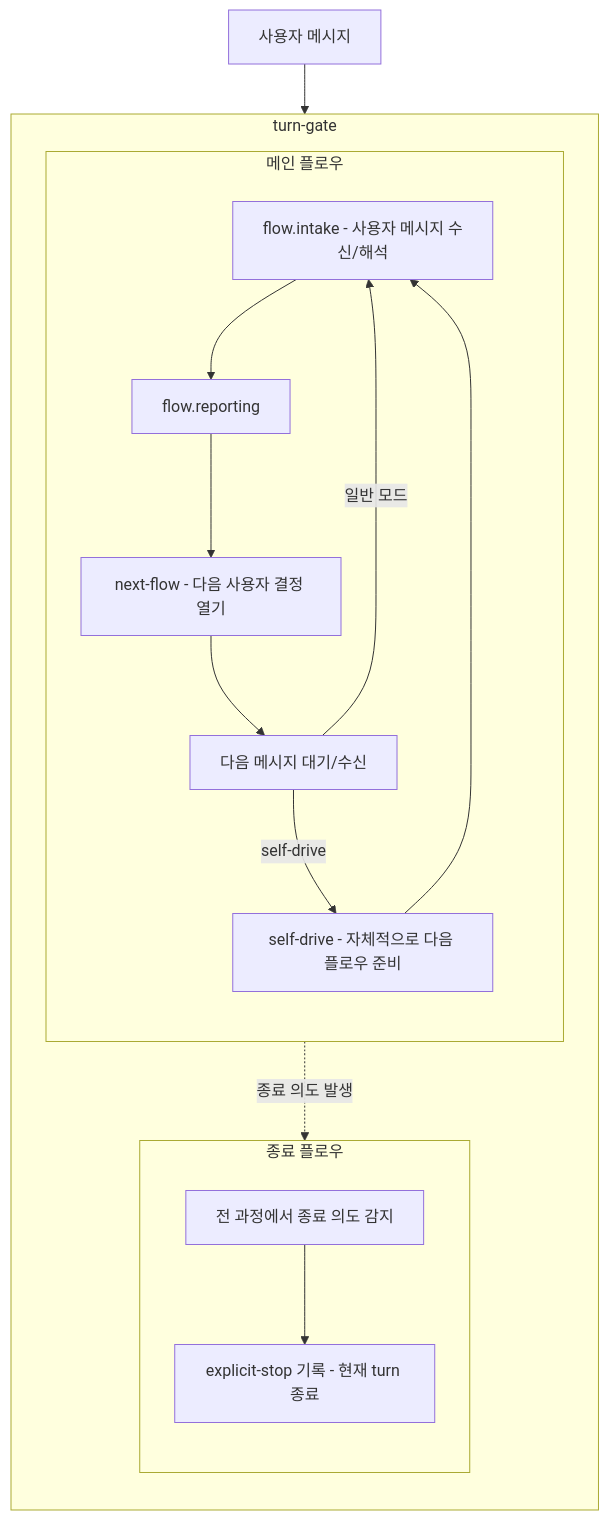
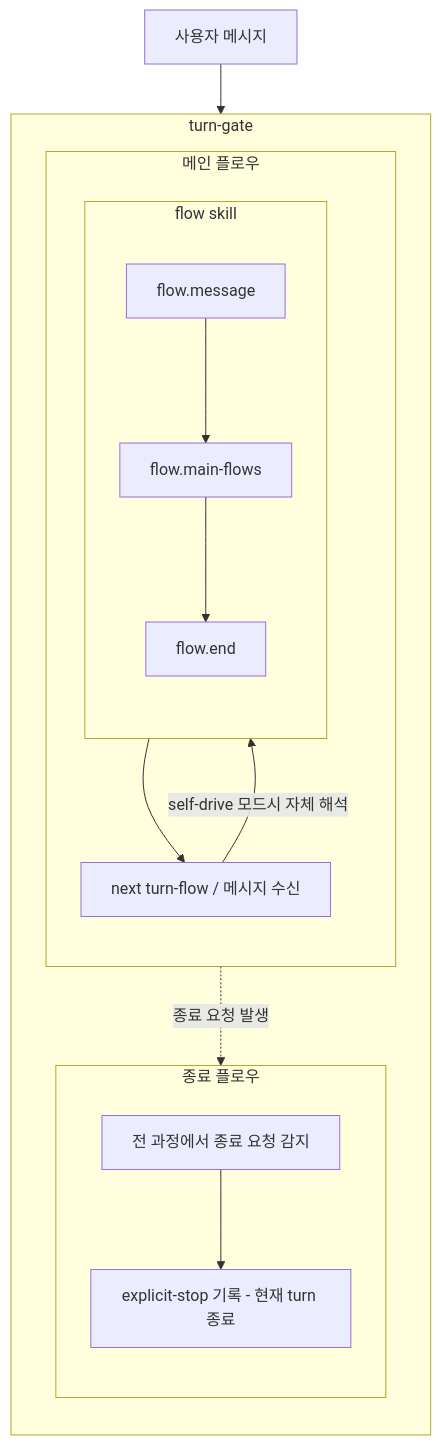
The diagram in src/loop-kit-dev/specs/skills/turn-gate/intent.md (opnay/agent-plugins), drawn with Mermaid before and after one commit. The commit also changed other lines of this file and 27 other files, not shown here.

First line of the commit message:
docs: align turn-gate wrapper graph

````diff
--- a/src/loop-kit-dev/specs/skills/turn-gate/intent.md
+++ b/src/loop-kit-dev/specs/skills/turn-gate/intent.md
@@ -3,33 +3,35 @@
 ```mermaid
 graph TD
   START[사용자 메시지] --> TG
 
   subgraph TG[turn-gate]
     direction TB
     subgraph MAIN[메인 플로우]
       direction TB
-      FI[flow.intake - 사용자 메시지 수신/해석]
-      FRP[flow.reporting]
-      NF[next-flow - 다음 사용자 결정 열기]
-      WAIT[다음 메시지 대기/수신]
-      SELFDRIVE[self-drive - 자체적으로 다음 플로우 준비]
+      subgraph FLOW[flow skill]
+        direction TB
+        FM[flow.message]
+        FMF[flow.main-flows]
+        FE[flow.end]
 
-      FI --> FRP
-      FRP --> NF
-      NF --> WAIT
-      WAIT -->|일반 모드| FI
-      WAIT -->|self-drive| SELFDRIVE
-      SELFDRIVE --> FI
+        FM --> FMF
+        FMF --> FE
+      end
+
+      NEXT[next turn-flow / 메시지 수신]
+
+      FLOW --> NEXT
+      NEXT -->|self-drive 모드시 자체 해석| FLOW
     end
 
     subgraph STOPFLOW[종료 플로우]
       direction TB
-      STOPCHECK[전 과정에서 종료 의도 감지]
+      STOPCHECK[전 과정에서 종료 요청 감지]
       STOP[explicit-stop 기록 - 현재 turn 종료]
 
       STOPCHECK --> STOP
     end
 
-    MAIN -. 종료 의도 발생 .-> STOPCHECK
+    MAIN -. 종료 요청 발생 .-> STOPCHECK
   end
 ```
````
